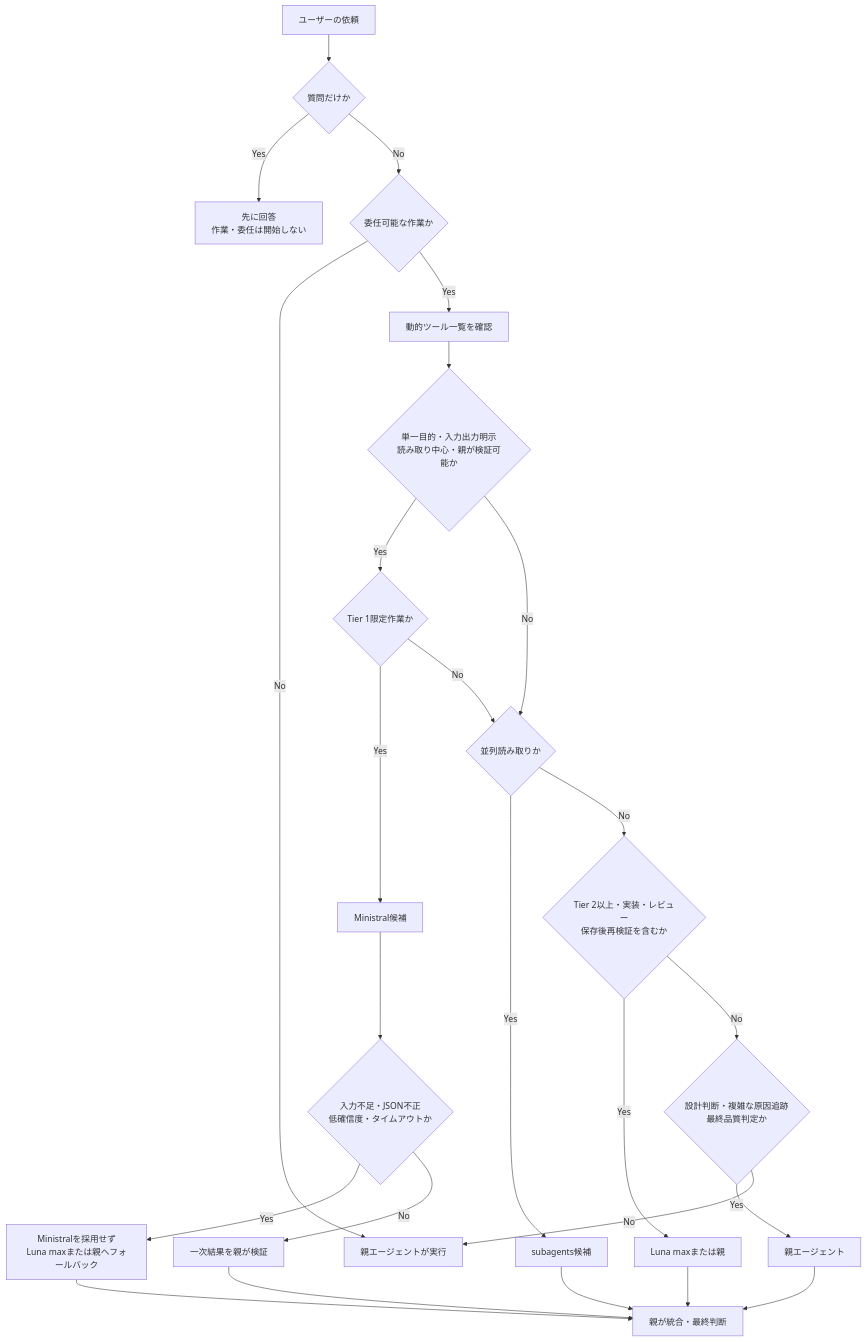
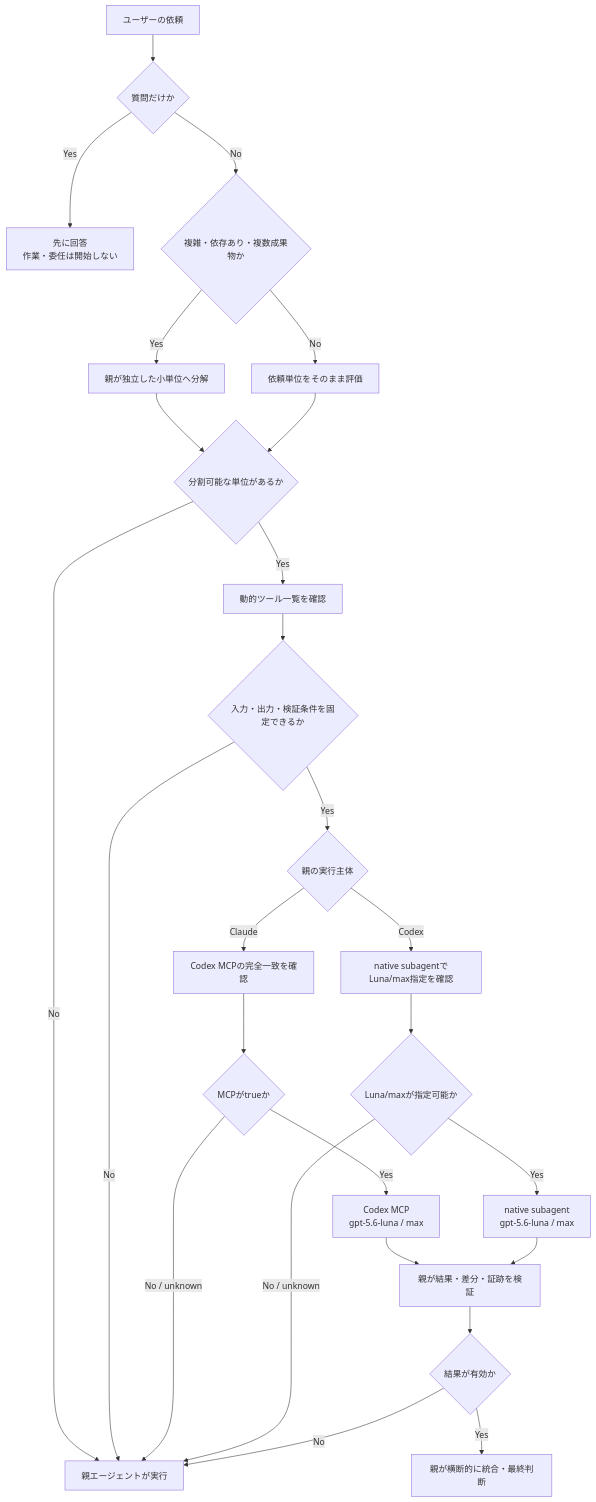
The first of 2 diagrams in references/delegate-flow.md (ksuke0322/LLM_settings), drawn with Mermaid before and after one commit. The commit also changed other lines of this file and 5 other files, not shown here.

````diff
--- a/references/delegate-flow.md
+++ b/references/delegate-flow.md
@@ -7,34 +7,34 @@
 ```mermaid
 flowchart TD
     A[ユーザーの依頼] --> B{質問だけか}
     B -->|Yes| C[先に回答<br/>作業・委任は開始しない]
-    B -->|No| D{委任可能な作業か}
+    B -->|No| D{複雑・依存あり・複数成果物か}
 
-    D -->|No| E[親エージェントが実行]
-    D -->|Yes| F[動的ツール一覧を確認]
+    D -->|Yes| E[親が独立した小単位へ分解]
+    D -->|No| F[依頼単位をそのまま評価]
+    E --> G{分割可能な単位があるか}
+    F --> G
+    G -->|No| H[親エージェントが実行]
+    G -->|Yes| I[動的ツール一覧を確認]
 
-    F --> G{単一目的・入力出力明示<br/>読み取り中心・親が検証可能か}
-    G -->|Yes| H{Tier 1限定作業か}
-    H -->|Yes| I[Ministral候補]
-    H -->|No| J{並列読み取りか}
-    G -->|No| J
+    I --> J{入力・出力・検証条件を固定できるか}
+    J -->|No| H
+    J -->|Yes| K{親の実行主体}
 
-    J -->|Yes| K[subagents候補]
-    J -->|No| L{Tier 2以上・実装・レビュー<br/>保存後再検証を含むか}
+    K -->|Claude| L[Codex MCPの完全一致を確認]
+    K -->|Codex| M[native subagentでLuna/max指定を確認]
 
-    L -->|Yes| M[Luna maxまたは親]
-    L -->|No| N{設計判断・複雑な原因追跡<br/>最終品質判定か}
+    L --> N{MCPがtrueか}
+    N -->|No / unknown| H
+    N -->|Yes| O[Codex MCP<br/>gpt-5.6-luna / max]
 
-    N -->|Yes| O[親エージェント]
-    N -->|No| E
+    M --> P{Luna/maxが指定可能か}
+    P -->|No / unknown| H
+    P -->|Yes| Q[native subagent<br/>gpt-5.6-luna / max]
 
-    I --> P{入力不足・JSON不正<br/>低確信度・タイムアウトか}
-    P -->|Yes| Q[Ministralを採用せず<br/>Luna maxまたは親へフォールバック]
-    P -->|No| R[一次結果を親が検証]
-
-    R --> S[親が統合・最終判断]
-    K --> S
-    M --> S
-    O --> S
-    Q --> S
+    O --> R[親が結果・差分・証跡を検証]
+    Q --> R
+    R --> S{結果が有効か}
+    S -->|No| H
+    S -->|Yes| T[親が横断的に統合・最終判断]
 ```
````
